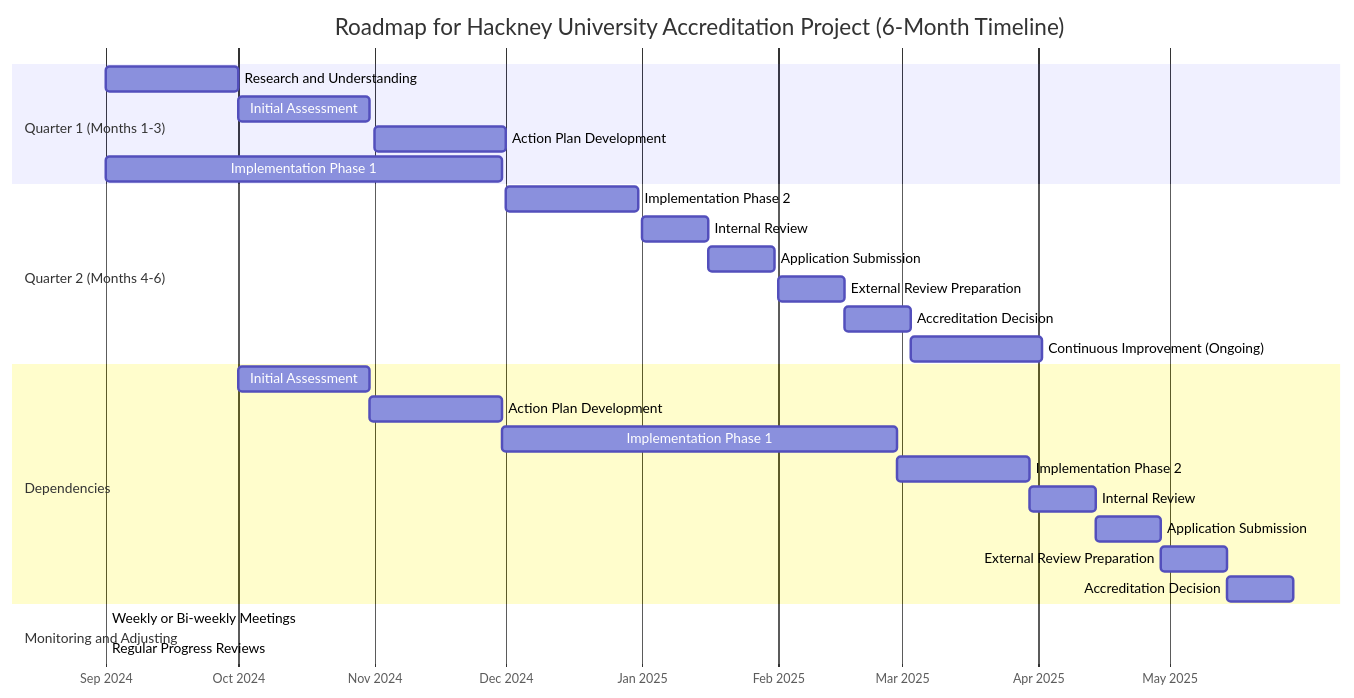
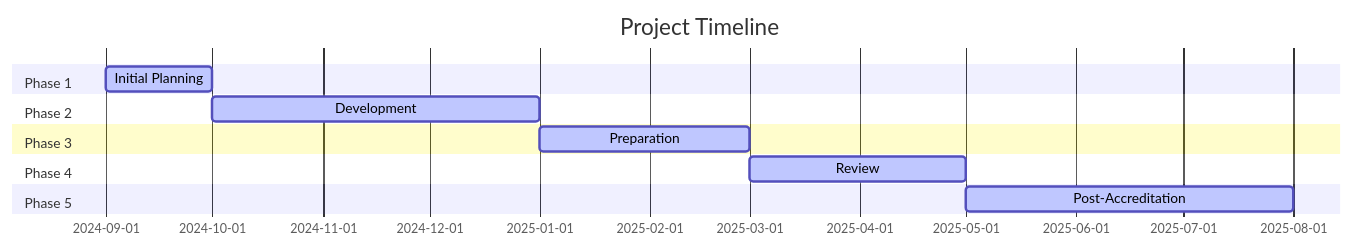
Before and after one commit to TaoLearning/ASTRA: the diagram in README.md, drawn with Mermaid.

Commit message:
Update README.md
Edited gantt chart

````diff
--- a/README.md
+++ b/README.md
@@ -1,37 +1,16 @@
 ```mermaid
 gantt
-    title Roadmap for Hackney University Accreditation Project (6-Month Timeline)
-    dateFormat  YYYY-MM-DD
-    axisFormat  %b %Y
-
-    section Quarter 1 (Months 1-3)
-    Research and Understanding          :q1_1, 2024-09-01, 30d
-    Initial Assessment                  :q1_2, 2024-10-01, 30d
-    Action Plan Development             :q1_3, 2024-11-01, 30d
-    Implementation Phase 1              :q1_4, 2024-09-01, 90d
-
-    section Quarter 2 (Months 4-6)
-    Implementation Phase 2              :q2_1, 2024-12-01, 30d
-    Internal Review                     :q2_2, 2025-01-01, 15d
-    Application Submission              :q2_3, 2025-01-16, 15d
-    External Review Preparation         :q2_4, 2025-02-01, 15d
-    Accreditation Decision              :q2_5, 2025-02-16, 15d
-    Continuous Improvement (Ongoing)    :q2_6, after q2_5, 30d
-
-    section Dependencies
-    Initial Assessment  :dep1, after q1_1, 30d
-    Action Plan Development :dep2, after dep1, 30d
-    Implementation Phase 1 :dep3, after dep2, 90d
-    Implementation Phase 2 :dep4, after dep3, 30d
-    Internal Review :dep5, after dep4, 15d
-    Application Submission :dep6, after dep5, 15d
-    External Review Preparation :dep7, after dep6, 15d
-    Accreditation Decision :dep8, after dep7, 15d
-
-    section Monitoring and Adjusting
-    Weekly or Bi-weekly Meetings          :monitor1, 2024-09-01, 6m
-    Regular Progress Reviews              :monitor2, 2024-09-01, 6m
-
-
+    title Project Timeline
+    dateFormat  YYYY-MM
+    section Phase 1
+    Initial Planning       :active, a1, 2024-09, 2024-10
+    section Phase 2
+    Development            :active, a2, 2024-10, 2025-01
+    section Phase 3
+    Preparation            :active, a3, 2025-01, 2025-03
+    section Phase 4
+    Review                 :active, a4, 2025-03, 2025-05
+    section Phase 5
+    Post-Accreditation     :active, a5, 2025-05, 2025-08
 
 ```
````
